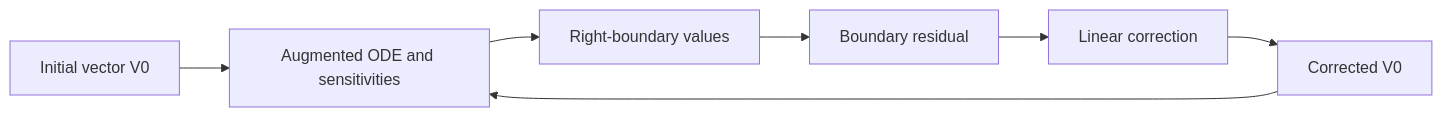
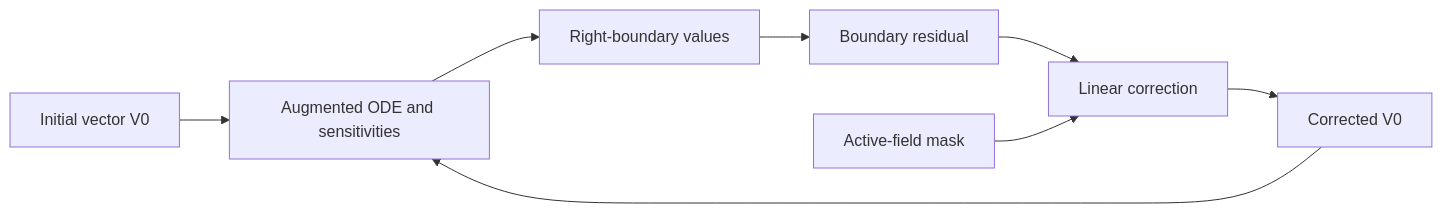
One commit to Mandy8808/Euskera changed the diagram in docs/workflows/background-fitting.md. Above: the diagram before and after it, drawn with Mermaid. The commit also changed other lines of this file and 24 other files, not shown here.

````diff
--- a/docs/workflows/background-fitting.md
+++ b/docs/workflows/background-fitting.md
@@ -10,16 +10,18 @@
 ```mermaid
 flowchart LR
     Initial[Initial vector V0]
     Augmented[Augmented ODE and sensitivities]
     Boundary[Right-boundary values]
     Residual[Boundary residual]
     Correction[Linear correction]
+    Active[Active-field mask]
     Result[Corrected V0]
 
     Initial --> Augmented
     Augmented --> Boundary
     Boundary --> Residual
     Residual --> Correction
+    Active --> Correction
     Correction --> Result
     Result --> Augmented
 ```
````
